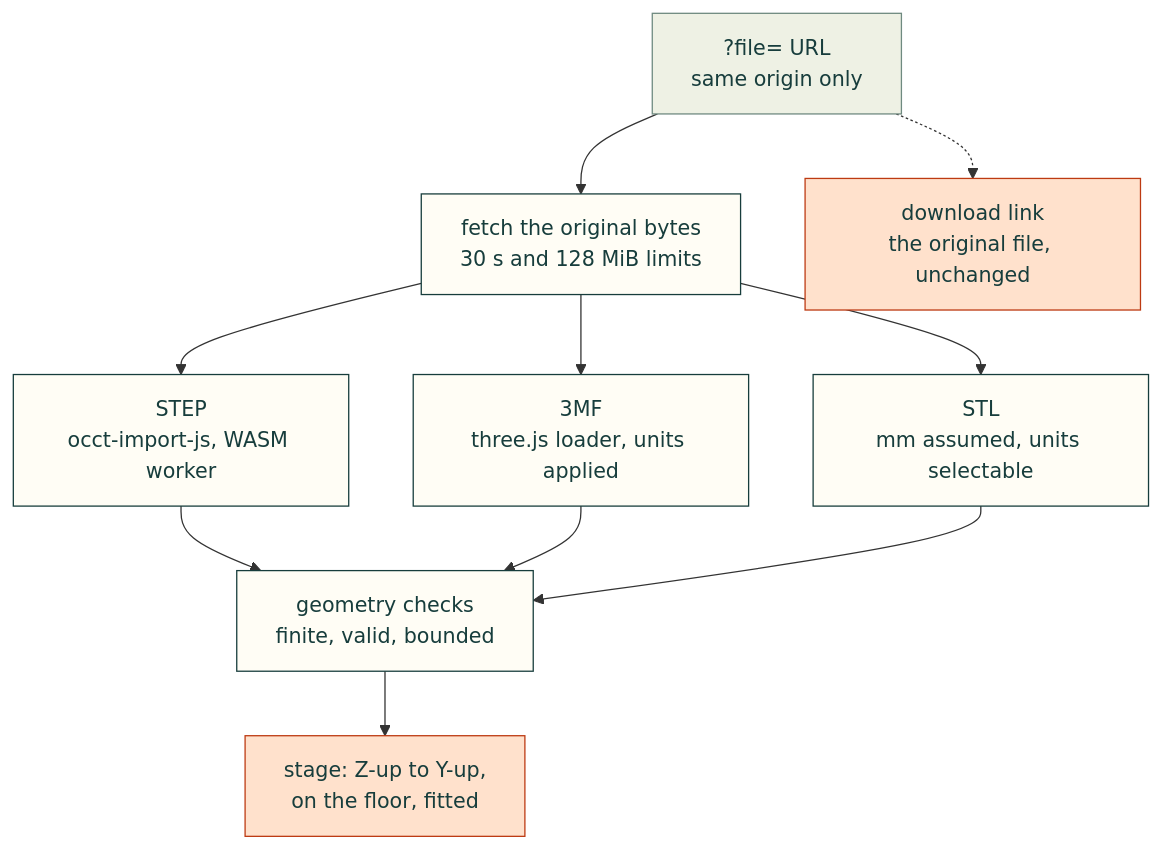
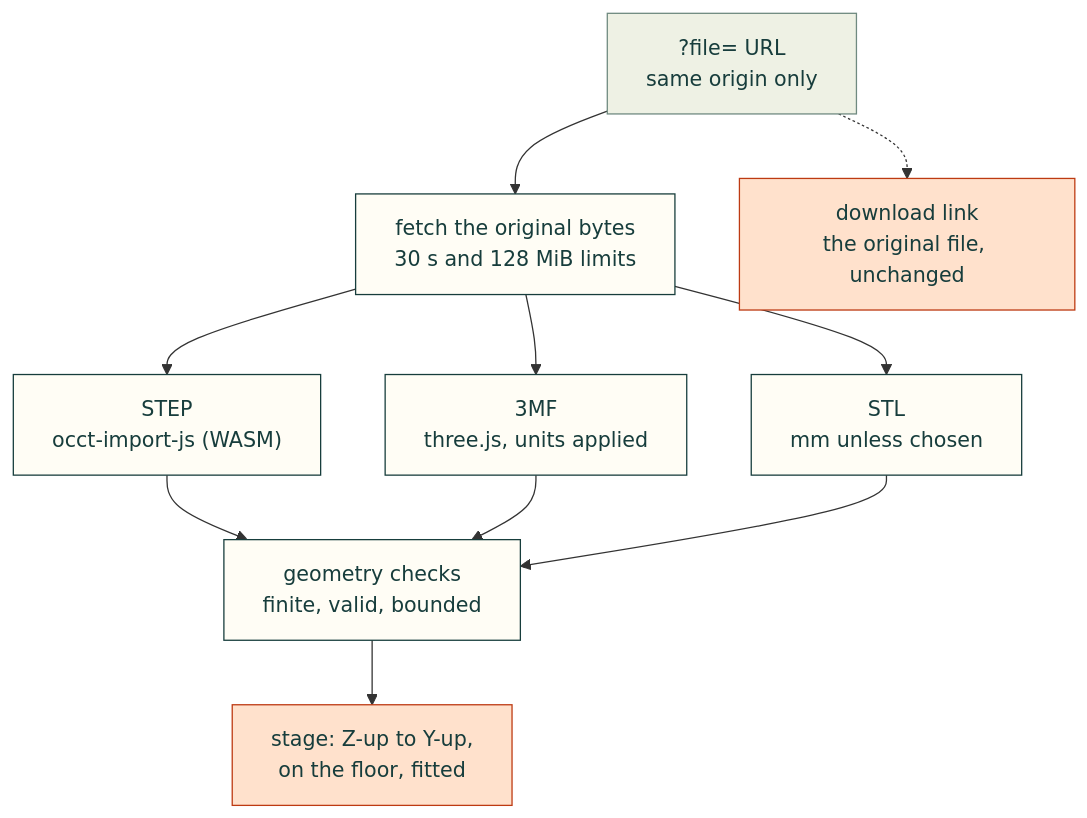
One commit to Valpatel/cad-agent changed the diagram in docs/file-viewer.md. Above: the diagram before and after it, drawn with Mermaid.

Commit message:
Docs: shorter reader labels so the file-viewer diagram fits

````diff
--- a/docs/file-viewer.md
+++ b/docs/file-viewer.md
@@ -19,16 +19,16 @@
 ```mermaid
 flowchart TD
     U["?file= URL<br/>same origin only"] --> F["fetch the original bytes<br/>30 s and 128 MiB limits"]
     U -.-> DL["download link<br/>the original file, unchanged"]
-    F --> STEP["STEP<br/>occt-import-js, WASM worker"]
-    F --> MF["3MF<br/>three.js loader, units applied"]
-    F --> STL["STL<br/>mm assumed, units selectable"]
+    F --> STEP["STEP<br/>occt-import-js (WASM)"]
+    F --> MF["3MF<br/>three.js, units applied"]
+    F --> STL["STL<br/>mm unless chosen"]
     STEP & MF & STL --> CK["geometry checks<br/>finite, valid, bounded"]
     CK --> V["stage: Z-up to Y-up,<br/>on the floor, fitted"]
     classDef here fill:#fffdf5,stroke:#173d3c,color:#173d3c
     classDef near fill:#eef1e4,stroke:#6f8a80,color:#173d3c
     classDef out fill:#ffe1cc,stroke:#bd3a12,color:#173d3c
     class F,STEP,MF,STL,CK here
     class U near
     class V,DL out
 ```
````
